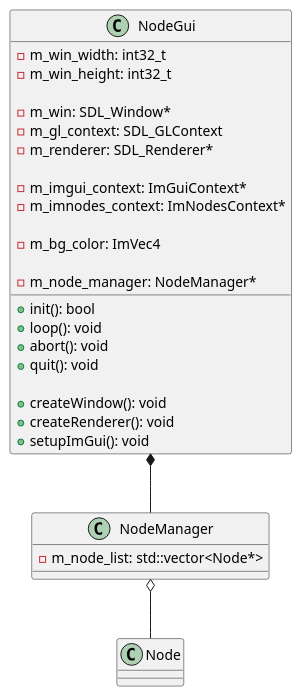
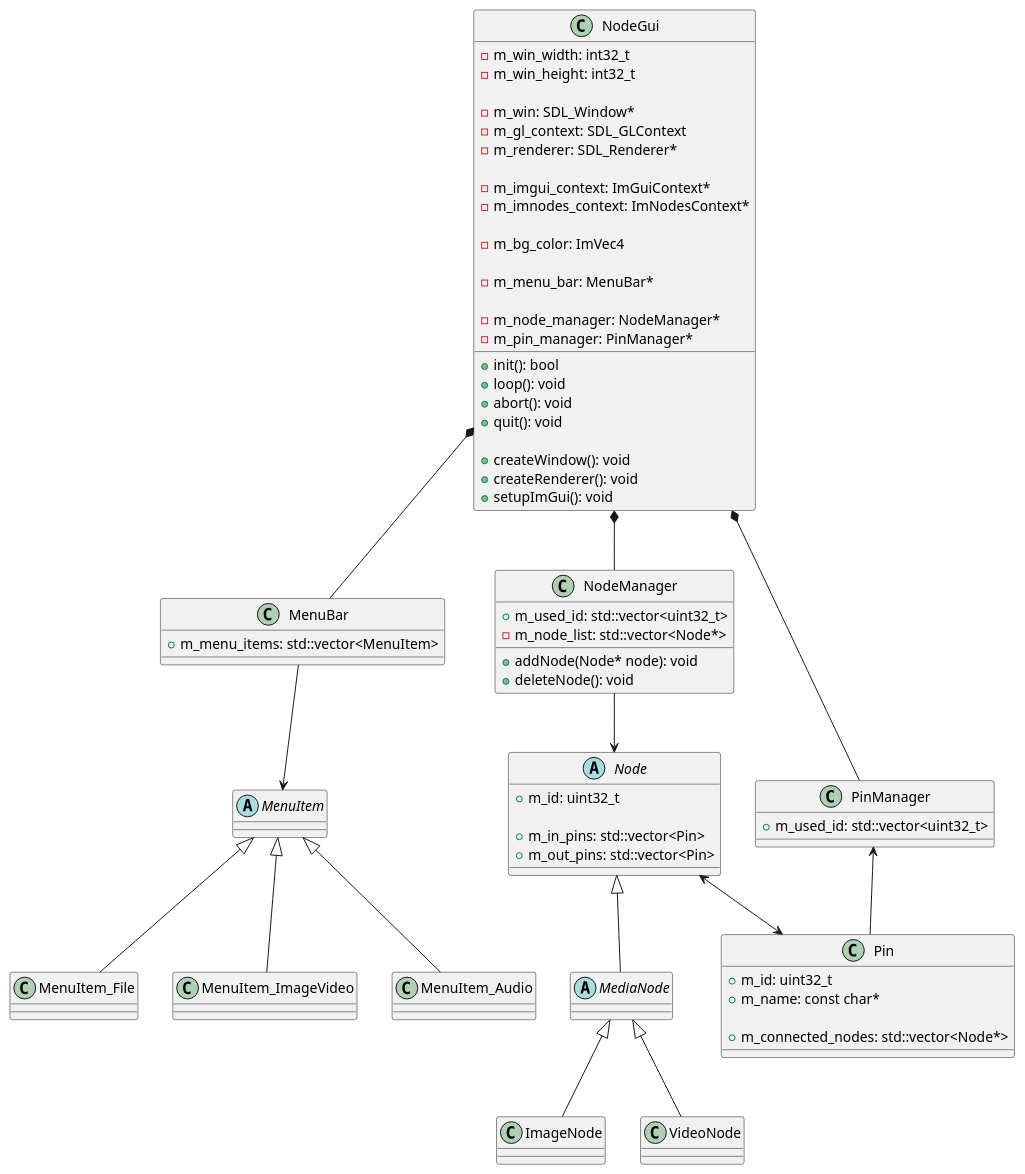
Before and after one commit to nkue-yst/NodeProcessV2: the diagram in uml/uml.pu, drawn with PlantUML. The commit also changed 6 other files, not shown here.

Commit message:
Update UML and add implemented UML

```diff
--- a/uml/uml.pu
+++ b/uml/uml.pu
@@ -1,39 +1,106 @@
 @startuml NodeProcessing
 
 class NodeGui {
     +init(): bool
     +loop(): void
     +abort(): void
     +quit(): void
 
     +createWindow(): void
     +createRenderer(): void
     +setupImGui(): void
 
     -m_win_width: int32_t
     -m_win_height: int32_t
 
     -m_win: SDL_Window*
     -m_gl_context: SDL_GLContext
     -m_renderer: SDL_Renderer*
 
     -m_imgui_context: ImGuiContext*
     -m_imnodes_context: ImNodesContext*
 
     -m_bg_color: ImVec4
 
+    -m_menu_bar: MenuBar*
+
     -m_node_manager: NodeManager*
+    -m_pin_manager: PinManager*
+}
+
+class MenuBar {
+    +m_menu_items: std::vector<MenuItem>
+}
+
+abstract class MenuItem {
+
+}
+
+class MenuItem_File {
+
+}
+
+class MenuItem_ImageVideo {
+
+}
+
+class MenuItem_Audio {
+
 }
 
 class NodeManager {
+    +addNode(Node* node): void
+    +deleteNode(): void
+
+    +m_used_id: std::vector<uint32_t>
     -m_node_list: std::vector<Node*>
 }
 
-class Node {
-    
+abstract class Node {
+    +m_id: uint32_t
+
+    +m_in_pins: std::vector<Pin>
+    +m_out_pins: std::vector<Pin>
+}
+
+abstract class MediaNode {
+
+}
+
+class ImageNode {
+
+}
+
+class VideoNode {
+
+}
+
+class PinManager {
+    +m_used_id: std::vector<uint32_t>
+}
+
+class Pin {
+    +m_id: uint32_t
+    +m_name: const char*
+
+    +m_connected_nodes: std::vector<Node*>
 }
 
 NodeGui *-- NodeManager
-NodeManager o-- Node
+NodeGui *-- PinManager
+NodeGui *-- MenuBar
+
+MenuBar --> MenuItem
+MenuItem <|-- MenuItem_File
+MenuItem <|-- MenuItem_ImageVideo
+MenuItem <|-- MenuItem_Audio
+
+Node <|-- MediaNode
+MediaNode <|-- ImageNode
+MediaNode <|-- VideoNode
+
+NodeManager --> Node
+PinManager <-- Pin
+Node <--> Pin
 
 @enduml
```
